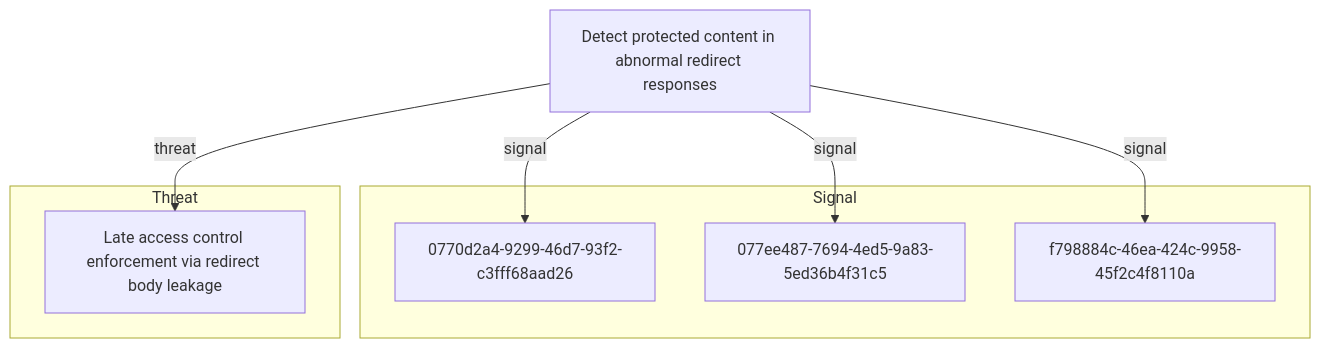
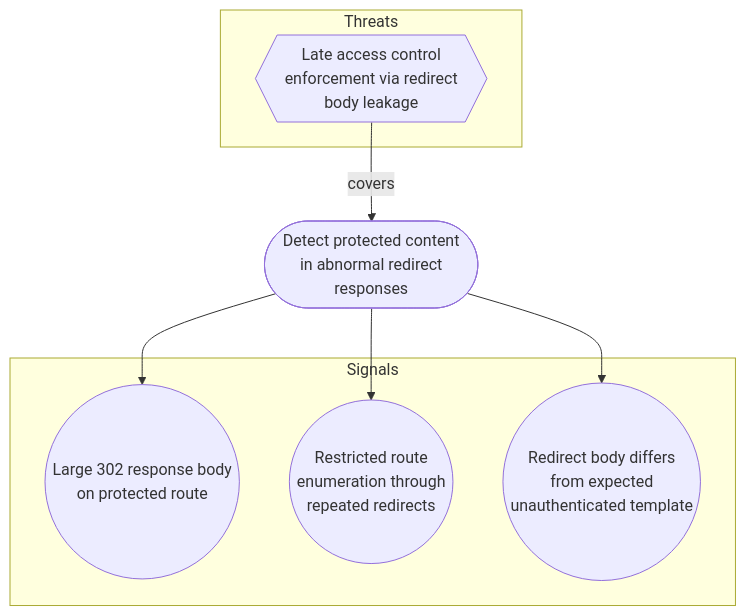
The diagram in docs/objectives/detect-protected-content-in-abnormal-redirect-responses.md (opentidehq/library), drawn with Mermaid before and after one commit. The commit also changed other lines of this file and 540 other files, not shown here.

````diff
--- a/docs/objectives/detect-protected-content-in-abnormal-redirect-responses.md
+++ b/docs/objectives/detect-protected-content-in-abnormal-redirect-responses.md
@@ -110,16 +111,16 @@
 ```mermaid
 flowchart TB
-subgraph "Signal"
-0770d2a4_9299_46d7_93f2_c3fff68aad26["0770d2a4-9299-46d7-93f2-c3fff68aad26"]
-077ee487_7694_4ed5_9a83_5ed36b4f31c5["077ee487-7694-4ed5-9a83-5ed36b4f31c5"]
-f798884c_46ea_424c_9958_45f2c4f8110a["f798884c-46ea-424c-9958-45f2c4f8110a"]
+subgraph "Threats"
+0663c192_cdeb_49a2_994c_4cc8e98f764e{{"Late access control<br>enforcement via redirect<br>body leakage"}}
 end
-subgraph "Threat"
-0663c192_cdeb_49a2_994c_4cc8e98f764e["Late access control enforcement via redirect body leakage"]
+subgraph "Signals"
+f798884c_46ea_424c_9958_45f2c4f8110a(("Large 302 response body<br>on protected route"))
+0770d2a4_9299_46d7_93f2_c3fff68aad26(("Restricted route<br>enumeration through<br>repeated redirects"))
+077ee487_7694_4ed5_9a83_5ed36b4f31c5(("Redirect body differs<br>from expected<br>unauthenticated template"))
 end
-f8a95fcf_c5b0_4db0_bb8b_78e4edaa0544["Detect protected content in abnormal redirect responses"]
-f8a95fcf_c5b0_4db0_bb8b_78e4edaa0544 -->|signal| 0770d2a4_9299_46d7_93f2_c3fff68aad26
-f8a95fcf_c5b0_4db0_bb8b_78e4edaa0544 -->|signal| 077ee487_7694_4ed5_9a83_5ed36b4f31c5
-f8a95fcf_c5b0_4db0_bb8b_78e4edaa0544 -->|signal| f798884c_46ea_424c_9958_45f2c4f8110a
-f8a95fcf_c5b0_4db0_bb8b_78e4edaa0544 -->|threat| 0663c192_cdeb_49a2_994c_4cc8e98f764e
+f8a95fcf_c5b0_4db0_bb8b_78e4edaa0544(["Detect protected content<br>in abnormal redirect<br>responses"])
+0663c192_cdeb_49a2_994c_4cc8e98f764e -->|covers| f8a95fcf_c5b0_4db0_bb8b_78e4edaa0544
+f8a95fcf_c5b0_4db0_bb8b_78e4edaa0544 --> f798884c_46ea_424c_9958_45f2c4f8110a
+f8a95fcf_c5b0_4db0_bb8b_78e4edaa0544 --> 0770d2a4_9299_46d7_93f2_c3fff68aad26
+f8a95fcf_c5b0_4db0_bb8b_78e4edaa0544 --> 077ee487_7694_4ed5_9a83_5ed36b4f31c5
 ```
````
